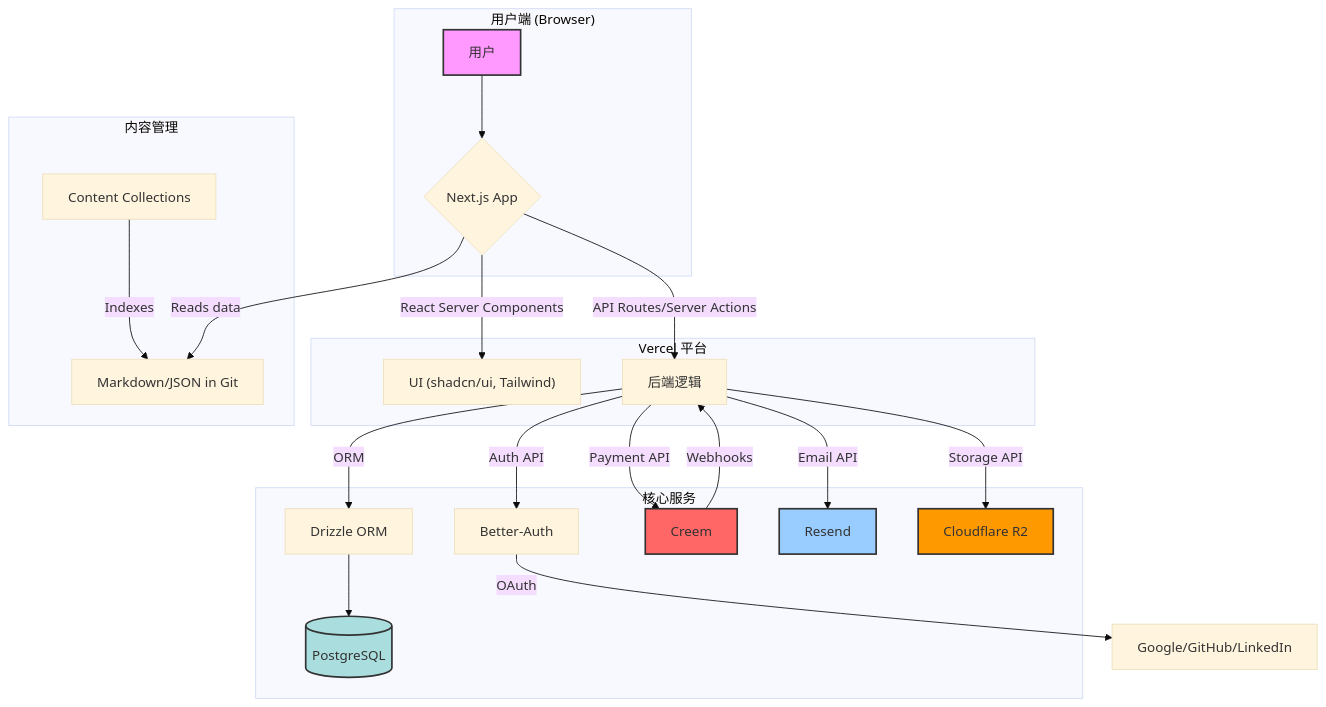
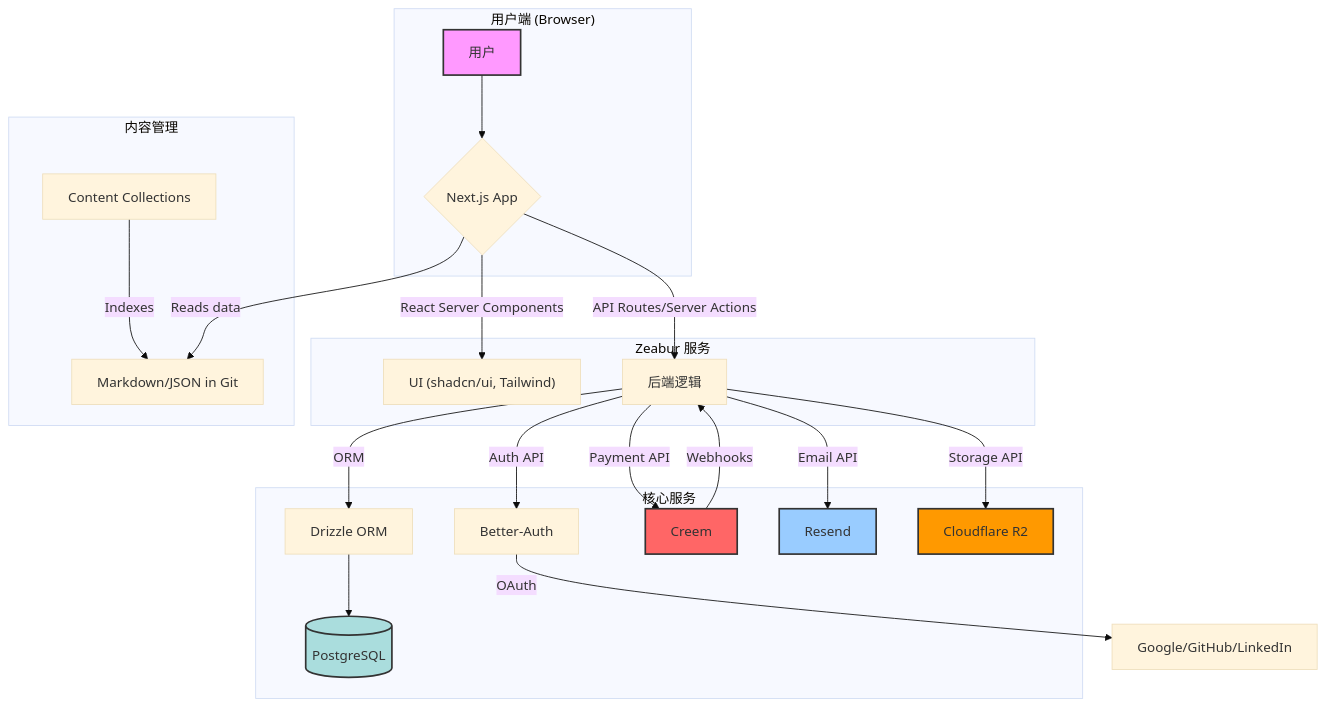
One commit to UllrAI/SaaS-Starter changed the first of 5 diagrams in content/blog/zh-Hans/saas-starter-kit-developer-guide.md. Above: the diagram before and after it, drawn with Mermaid (base theme). The commit also changed other lines of this file and 194 other files, not shown here.

````diff
--- a/content/blog/zh-Hans/saas-starter-kit-developer-guide.md
+++ b/content/blog/zh-Hans/saas-starter-kit-developer-guide.md
@@ -103,34 +103,34 @@
 ```mermaid
 graph TD
     subgraph "用户端 (Browser)"
         A[用户] --> B{Next.js App};
     end
 
-    subgraph "Vercel 平台"
+    subgraph "Zeabur 服务"
         B -- React Server Components --> C["UI (shadcn/ui, Tailwind)"];
         B -- API Routes/Server Actions --> D[后端逻辑];
     end
 
     subgraph "核心服务"
         D -- ORM --> E[Drizzle ORM];
         E --> F[(PostgreSQL)];
         D -- Auth API --> G[Better-Auth];
         D -- Payment API --> H[Creem];
         D -- Email API --> I[Resend];
         D -- Storage API --> J[Cloudflare R2];
     end
 
     subgraph "内容管理"
         K[Content Collections] -- Indexes --> L[Markdown/JSON in Git];
         B -- Reads data --> L;
     end
 
     G -- OAuth --> M[Google/GitHub/LinkedIn];
     H -- Webhooks --> D;
 
     style A fill:#f9f,stroke:#333,stroke-width:2px;
     style F fill:#add,stroke:#333,stroke-width:2px;
     style J fill:#f90,stroke:#333,stroke-width:2px;
     style H fill:#f66,stroke:#333,stroke-width:2px;
     style I fill:#9cf,stroke:#333,stroke-width:2px;
 ```
````
